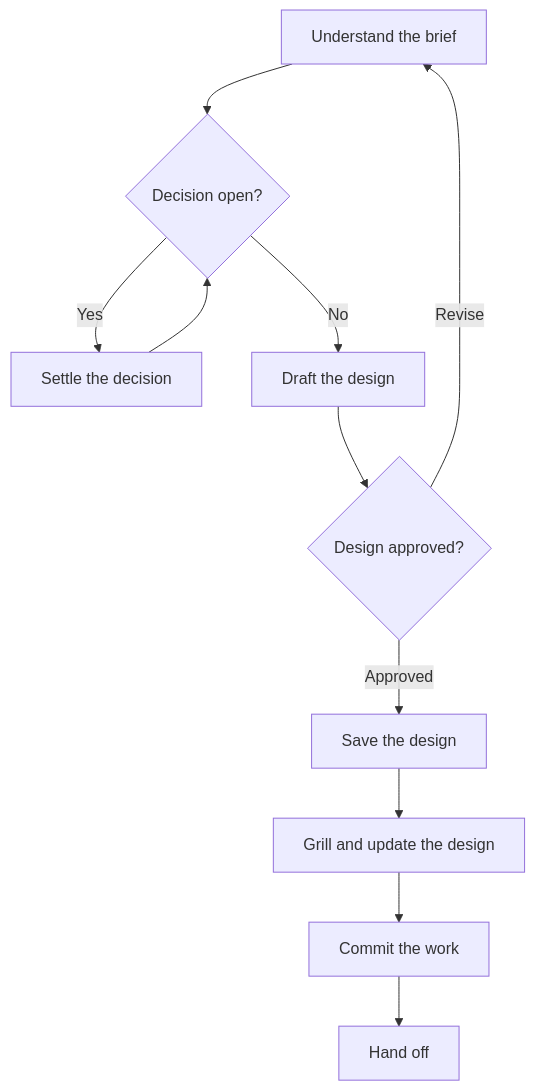
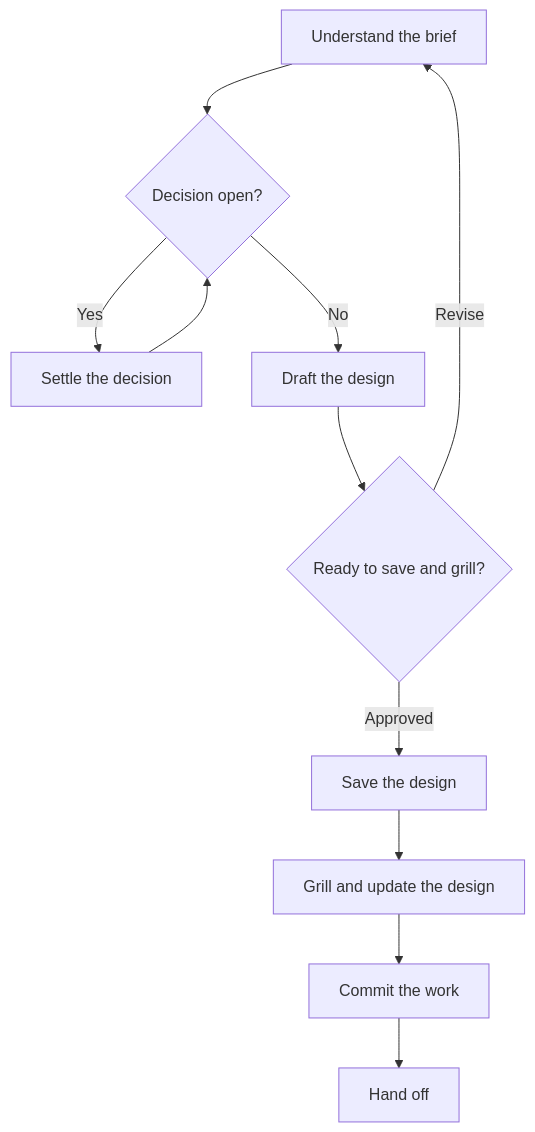
Before and after one commit to UseTheFork/spindle: the diagram in assets/Blueprints/skills/sdd-author-design/SKILL.md, drawn with Mermaid. The commit also changed other lines of this file, not shown here.

Commit message:
fix: clarify SDD design approval gates

````diff
--- a/assets/Blueprints/skills/sdd-author-design/SKILL.md
+++ b/assets/Blueprints/skills/sdd-author-design/SKILL.md
@@ -17,13 +17,13 @@
 ```mermaid
 flowchart TD
     A[Understand the brief] --> B{Decision open?}
     B -- Yes --> C[Settle the decision]
     C --> B
     B -- No --> D[Draft the design]
-    D --> E{Design approved?}
+    D --> E{Ready to save and grill?}
     E -- Revise --> A
     E -- Approved --> F[Save the design]
     F --> F1[Grill and update the design]
     F1 --> G[Commit the work]
     G --> H[Hand off]
 ```
````
